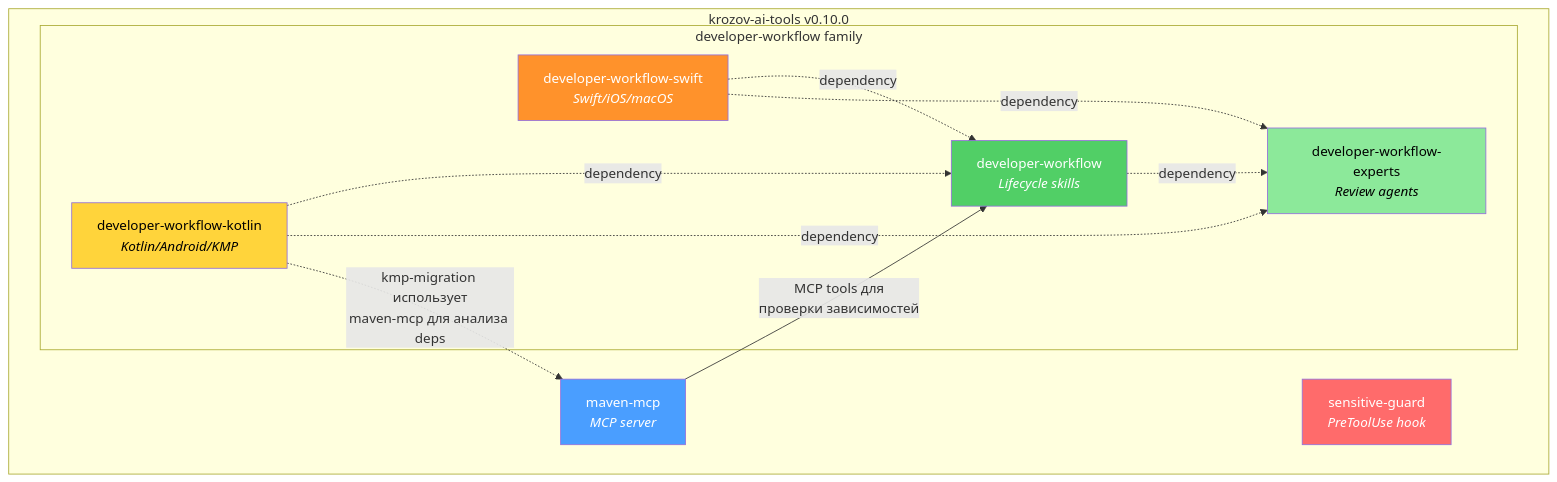
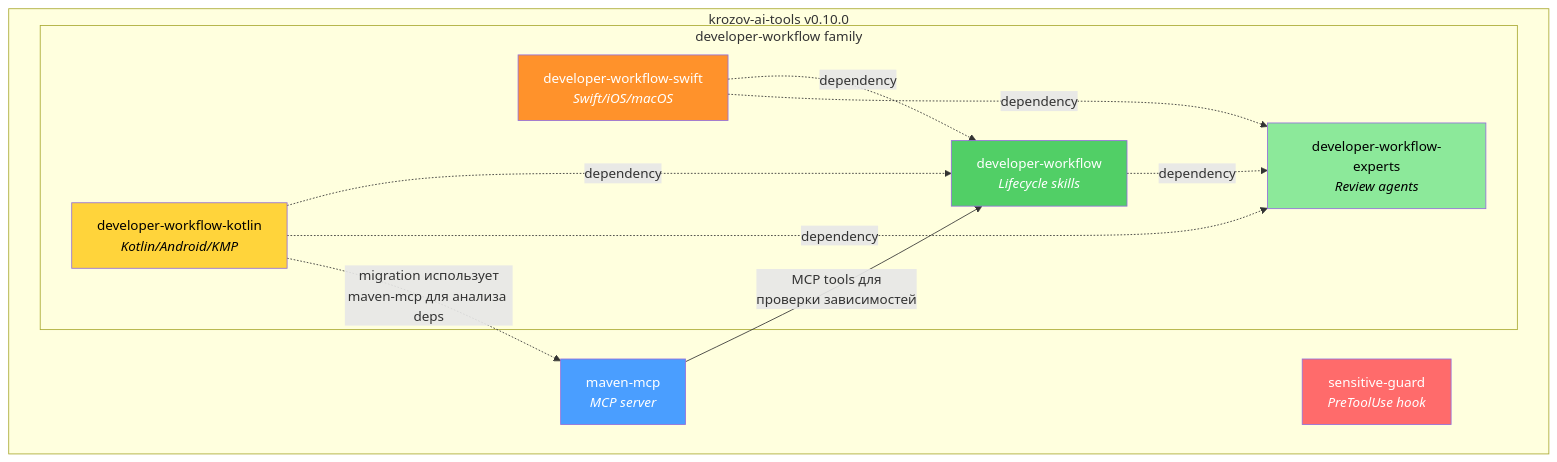
One commit to kirich1409/krozov-ai-tools changed the first of 7 diagrams in docs/PLUGINS-GUIDE.md. Above: the diagram before and after it, drawn with Mermaid. The commit also changed other lines of this file and 33 other files, not shown here.

First line of the commit message:
Remove kmp-migration, migrate-to-compose, databinding-to-viewbinding (#213)

````diff
--- a/docs/PLUGINS-GUIDE.md
+++ b/docs/PLUGINS-GUIDE.md
@@ -23,29 +23,29 @@
 ```mermaid
 graph TB
     subgraph repo["krozov-ai-tools v0.10.0"]
         maven["maven-mcp<br/><i>MCP server</i>"]
         guard["sensitive-guard<br/><i>PreToolUse hook</i>"]
         subgraph dw_family["developer-workflow family"]
             workflow["developer-workflow<br/><i>Lifecycle skills</i>"]
             experts["developer-workflow-experts<br/><i>Review agents</i>"]
             kotlin["developer-workflow-kotlin<br/><i>Kotlin/Android/KMP</i>"]
             swift["developer-workflow-swift<br/><i>Swift/iOS/macOS</i>"]
         end
     end
 
     workflow -.->|dependency| experts
     kotlin -.->|dependency| workflow
     kotlin -.->|dependency| experts
     swift -.->|dependency| workflow
     swift -.->|dependency| experts
 
     maven -->|"MCP tools для<br/>проверки зависимостей"| workflow
-    kotlin -.->|"kmp-migration использует<br/>maven-mcp для анализа deps"| maven
+    kotlin -.->|"migration использует<br/>maven-mcp для анализа deps"| maven
 
     style maven fill:#4a9eff,color:#fff
     style guard fill:#ff6b6b,color:#fff
     style workflow fill:#51cf66,color:#fff
     style experts fill:#8ce99a,color:#000
     style kotlin fill:#ffd43b,color:#000
     style swift fill:#ff922b,color:#fff
 ```
````
